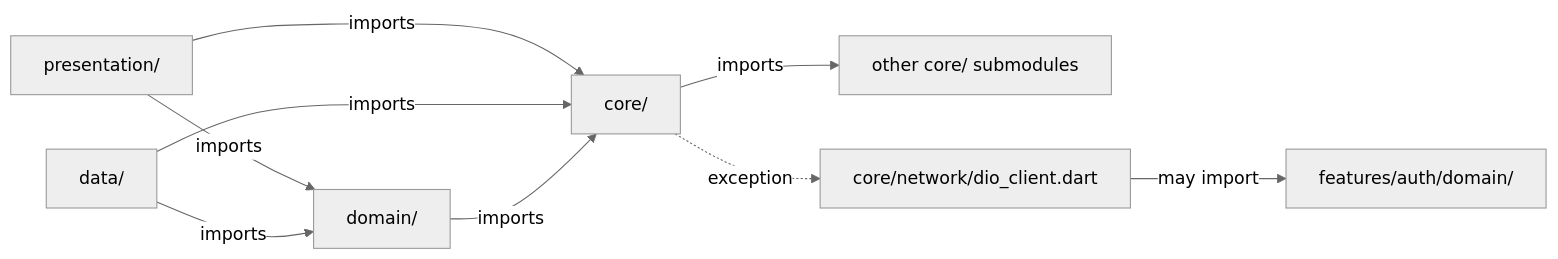
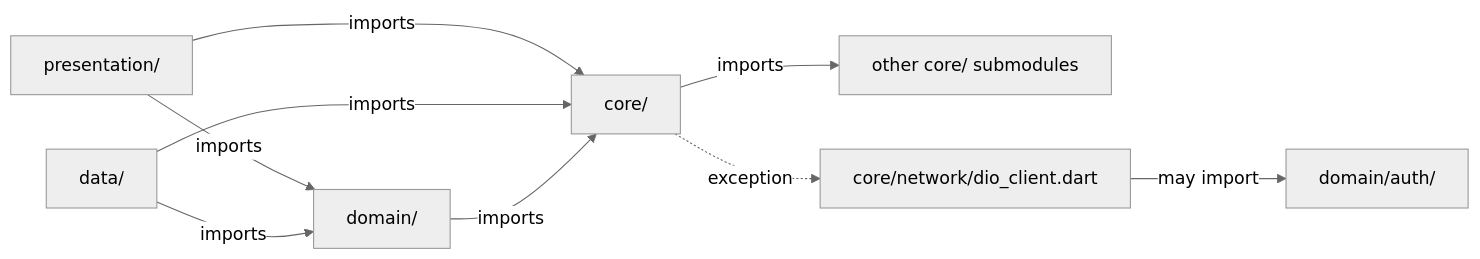
The first of 2 diagrams in AGENTS.md (emamhasanbs23/flutter_clean_riverpod), drawn with Mermaid (neutral theme) before and after one commit. The commit also changed other lines of this file and 161 other files, not shown here.

````diff
--- a/AGENTS.md
+++ b/AGENTS.md
@@ -160,11 +169,11 @@
 ```mermaid
 flowchart LR
     P[presentation/] -->|imports| D[domain/]
     P -->|imports| C[core/]
     Da[data/] -->|imports| D
     Da -->|imports| C
     D -->|imports| C
     C -->|imports| C2[other core/ submodules]
     C -.->|exception| N[core/network/dio_client.dart]
-    N -->|may import| A[features/auth/domain/]
+    N -->|may import| A[domain/auth/]
 ```
````
